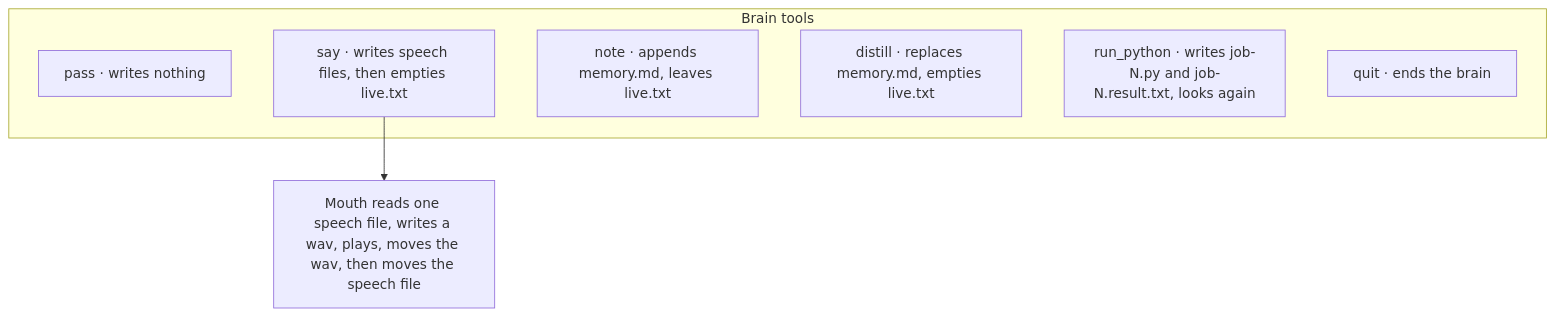
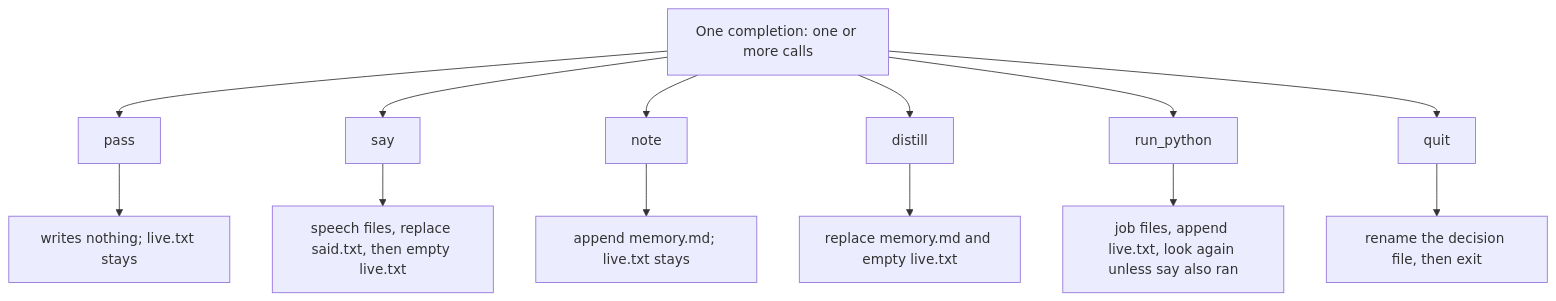
One commit to wgabrys88/Trident changed the fifth of 6 diagrams in README.md. Above: the diagram before and after it, drawn with Mermaid. The commit also changed other lines of this file, not shown here.

````diff
--- a/README.md
+++ b/README.md
@@ -50,12 +427,16 @@
 ```mermaid
 flowchart TB
-  subgraph tools [Brain tools]
-    pass["pass · writes nothing"]
-    say["say · writes speech files, then empties live.txt"]
-    note["note · appends memory.md, leaves live.txt"]
-    distill["distill · replaces memory.md, empties live.txt"]
-    runpy["run_python · writes job-N.py and job-N.result.txt, looks again"]
-    quit["quit · ends the brain"]
-  end
-  say --> mouth2["Mouth reads one speech file, writes a wav, plays, moves the wav, then moves the speech file"]
+  comp["One completion: one or more calls"]
+  comp --> pass["pass"]
+  comp --> say["say"]
+  comp --> note["note"]
+  comp --> distill["distill"]
+  comp --> runpy["run_python"]
+  comp --> quit["quit"]
+  pass --> keep["writes nothing; live.txt stays"]
+  say --> speech["speech files, replace said.txt, then empty live.txt"]
+  note --> mem["append memory.md; live.txt stays"]
+  distill --> repl["replace memory.md and empty live.txt"]
+  runpy --> job["job files, append live.txt, look again unless say also ran"]
+  quit --> stop["rename the decision file, then exit"]
 ```
````
